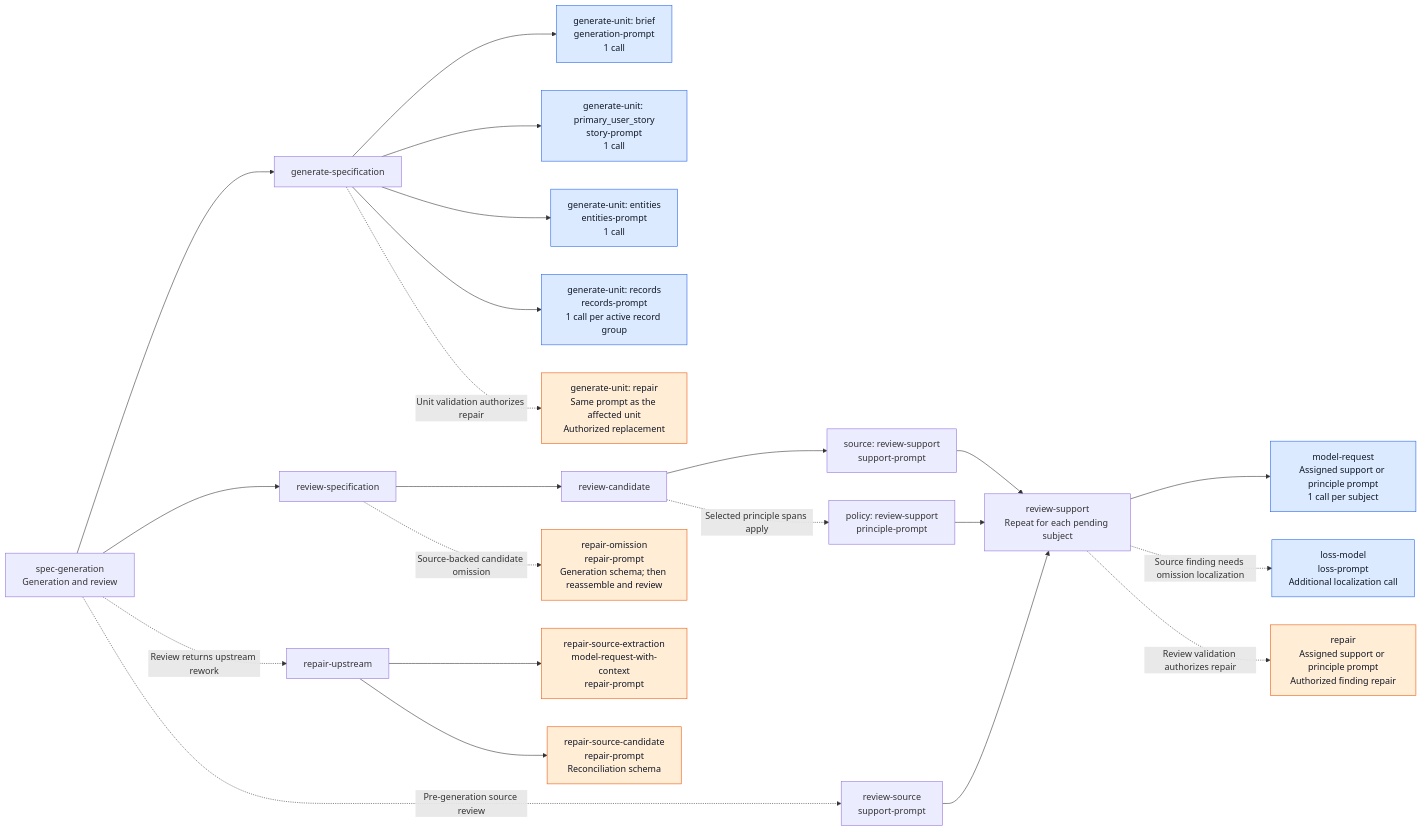
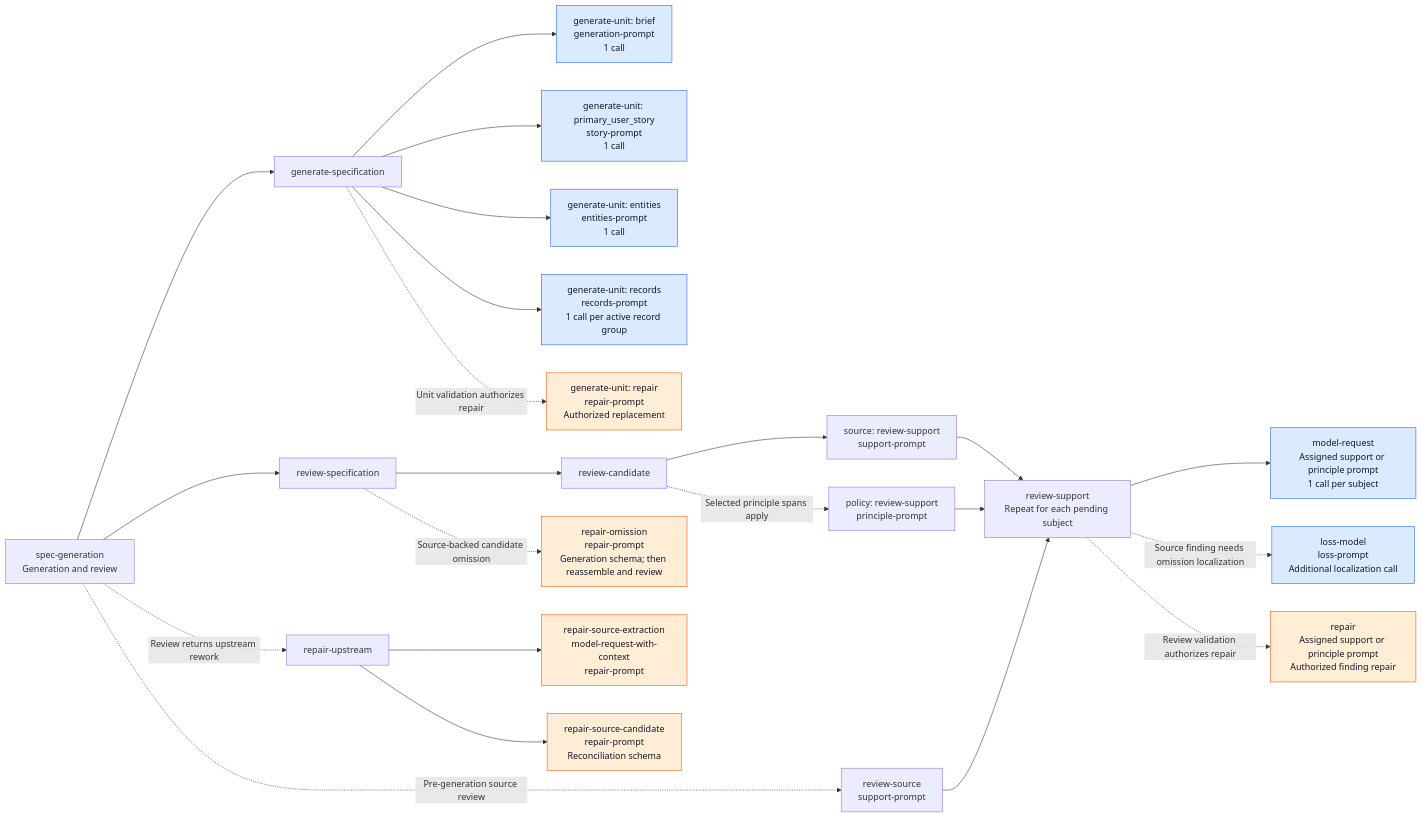
One commit to littledespot/sdde changed the second of 3 diagrams in design/diagrams/21-spec-model-call-tree.md. Above: the diagram before and after it, drawn with Mermaid. The commit also changed other lines of this file and 31 other files, not shown here.

````diff
--- a/design/diagrams/21-spec-model-call-tree.md
+++ b/design/diagrams/21-spec-model-call-tree.md
@@ -106,33 +106,33 @@
 ```mermaid
 flowchart LR
     ROOT["spec-generation<br/>Generation and review"]
     ROOT --> GENERATE["generate-specification"]
     GENERATE --> BRIEF["generate-unit: brief<br/>generation-prompt<br/>1 call"]
     GENERATE --> STORY["generate-unit: primary_user_story<br/>story-prompt<br/>1 call"]
     GENERATE --> ENTITIES["generate-unit: entities<br/>entities-prompt<br/>1 call"]
     GENERATE --> RECORDS["generate-unit: records<br/>records-prompt<br/>1 call per active record group"]
-    GENERATE -. "Unit validation authorizes repair" .-> UNIT_REPAIR["generate-unit: repair<br/>Same prompt as the affected unit<br/>Authorized replacement"]
+    GENERATE -. "Unit validation authorizes repair" .-> UNIT_REPAIR["generate-unit: repair<br/>repair-prompt<br/>Authorized replacement"]
 
     ROOT --> REVIEW["review-specification"]
     REVIEW --> CANDIDATE["review-candidate"]
     CANDIDATE --> SOURCE["source: review-support<br/>support-prompt"]
     CANDIDATE -. "Selected principle spans apply" .-> POLICY["policy: review-support<br/>principle-prompt"]
     ROOT -. "Pre-generation source review" .-> PRE["review-source<br/>support-prompt"]
 
     SOURCE --> SUPPORT["review-support<br/>Repeat for each pending subject"]
     POLICY --> SUPPORT
     PRE --> SUPPORT
     SUPPORT --> FINDING["model-request<br/>Assigned support or principle prompt<br/>1 call per subject"]
     SUPPORT -. "Source finding needs omission localization" .-> LOSS["loss-model<br/>loss-prompt<br/>Additional localization call"]
     SUPPORT -. "Review validation authorizes repair" .-> SUPPORT_REPAIR["repair<br/>Assigned support or principle prompt<br/>Authorized finding repair"]
 
     REVIEW -. "Source-backed candidate omission" .-> OMISSION["repair-omission<br/>repair-prompt<br/>Generation schema; then reassemble and review"]
     ROOT -. "Review returns upstream rework" .-> UPSTREAM["repair-upstream"]
     UPSTREAM --> EX["repair-source-extraction<br/>model-request-with-context<br/>repair-prompt"]
     UPSTREAM --> RC["repair-source-candidate<br/>repair-prompt<br/>Reconciliation schema"]
 
     classDef model fill:#dbeafe,stroke:#2563eb,color:#111827;
     classDef repair fill:#ffedd5,stroke:#ea580c,color:#111827;
     class BRIEF,STORY,ENTITIES,RECORDS,FINDING,LOSS model;
     class UNIT_REPAIR,SUPPORT_REPAIR,OMISSION,EX,RC repair;
 ```
````
